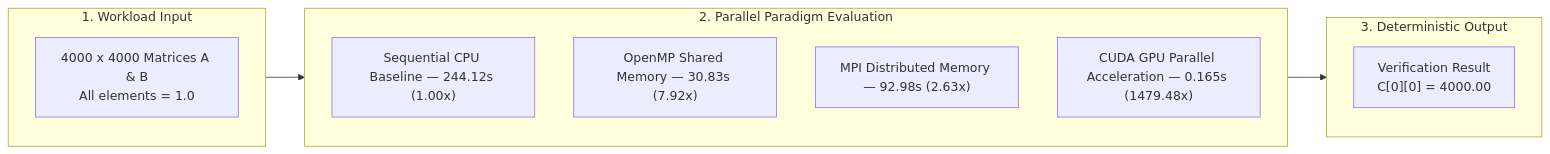
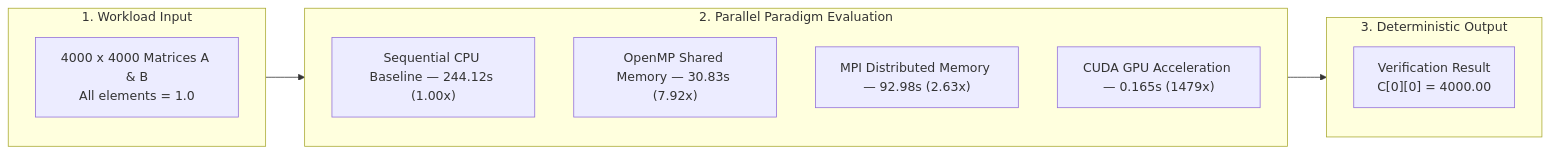
The first of 2 diagrams in README.md (manasa-vasare/PGC-lab1), drawn with Mermaid before and after one commit. The commit also changed other lines of this file, not shown here.

````diff
--- a/README.md
+++ b/README.md
@@ -14,20 +30,20 @@
 ```mermaid
 flowchart LR
     subgraph Input ["1. Workload Input"]
         IN["4000 x 4000 Matrices A & B<br/>All elements = 1.0"]
     end
 
     subgraph Models ["2. Parallel Paradigm Evaluation"]
         direction TB
         M1["Sequential CPU Baseline — 244.12s (1.00x)"]
         M2["OpenMP Shared Memory — 30.83s (7.92x)"]
         M3["MPI Distributed Memory — 92.98s (2.63x)"]
-        M4["CUDA GPU Parallel Acceleration — 0.165s (1479.48x)"]
+        M4["CUDA GPU Acceleration — 0.165s (1479x)"]
     end
 
     subgraph Output ["3. Deterministic Output"]
         OUT["Verification Result<br/>C[0][0] = 4000.00"]
     end
 
     Input --> Models --> Output
 ```
````
